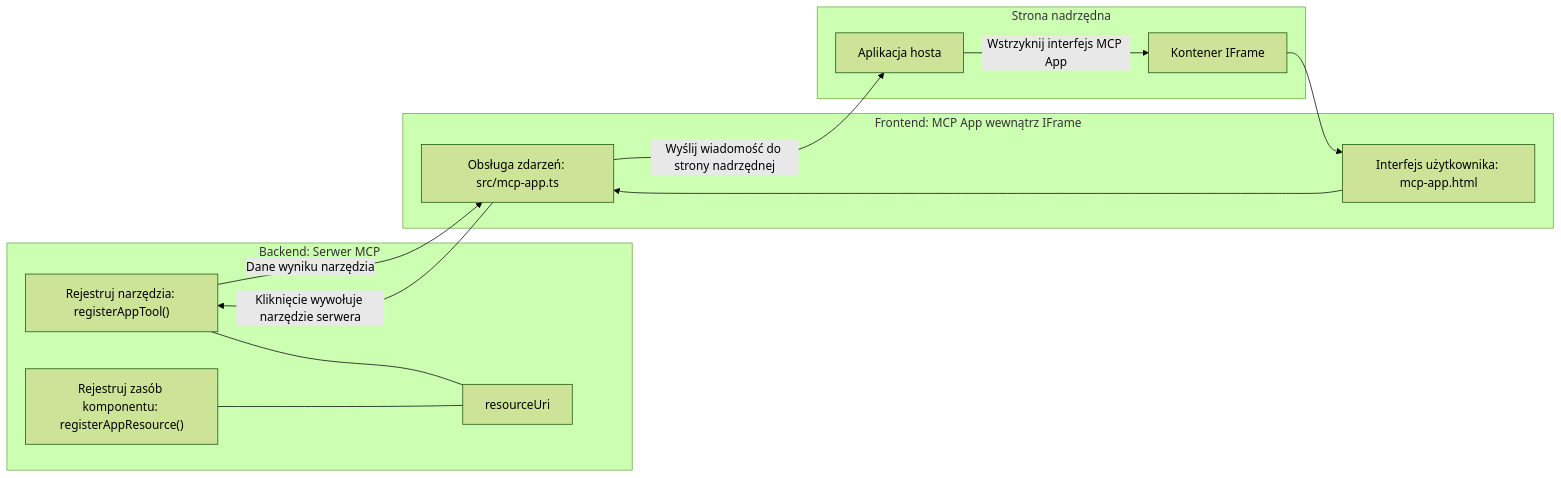
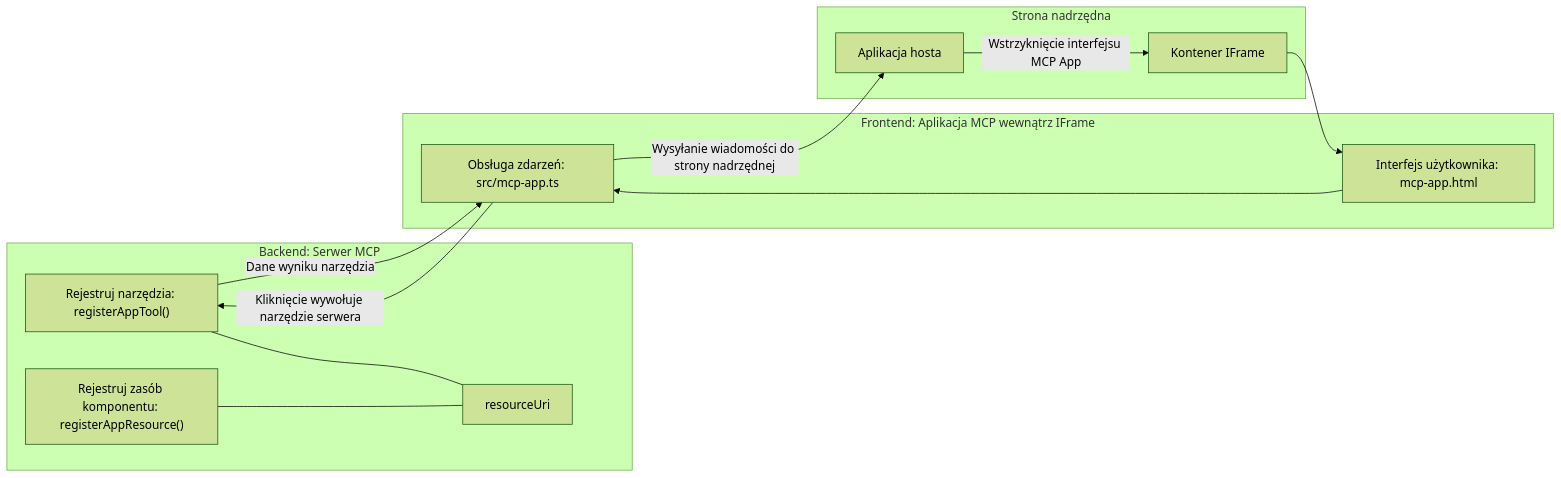
Before and after one commit to HIDORAKAI002/ai-workspace-archive: the diagram in mcp_ecosystem__model_context_protocol/mcp_learning_resources/mcp-for-beginners/translations/pl/03-GettingStarted/15-mcp-apps/README.md, drawn with Mermaid (forest theme). The commit also changed other lines of this file and 1160 other files, not shown here.

````diff
--- a/mcp_ecosystem__model_context_protocol/mcp_learning_resources/mcp-for-beginners/translations/pl/03-GettingStarted/15-mcp-apps/README.md
+++ b/mcp_ecosystem__model_context_protocol/mcp_learning_resources/mcp-for-beginners/translations/pl/03-GettingStarted/15-mcp-apps/README.md
@@ -32,27 +32,27 @@
 ```mermaid
 flowchart LR
   subgraph Backend[Backend: Serwer MCP]
     T["Rejestruj narzędzia: registerAppTool()"]
     C["Rejestruj zasób komponentu: registerAppResource()"]
     U[resourceUri]
     T --- U
     C --- U
   end
 
   subgraph Parent[Strona nadrzędna]
     H[Aplikacja hosta]
     IFRAME[Kontener IFrame]
-    H -->|Wstrzyknij interfejs MCP App| IFRAME
+    H -->|Wstrzyknięcie interfejsu MCP App| IFRAME
   end
 
-  subgraph Frontend[Frontend: MCP App wewnątrz IFrame]
+  subgraph Frontend[Frontend: Aplikacja MCP wewnątrz IFrame]
     UI["Interfejs użytkownika: mcp-app.html"]
     EH["Obsługa zdarzeń: src/mcp-app.ts"]
     UI --> EH
   end
 
   IFRAME --> UI
   EH -->|Kliknięcie wywołuje narzędzie serwera| T
   T -->|Dane wyniku narzędzia| EH
-  EH -->|Wyślij wiadomość do strony nadrzędnej| H
+  EH -->|Wysyłanie wiadomości do strony nadrzędnej| H
 ```
````
